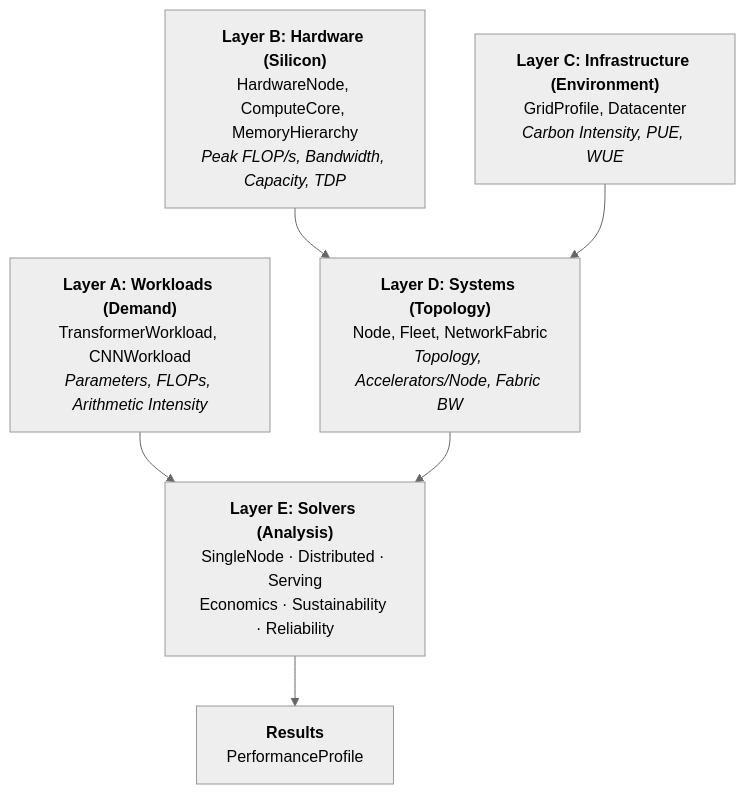
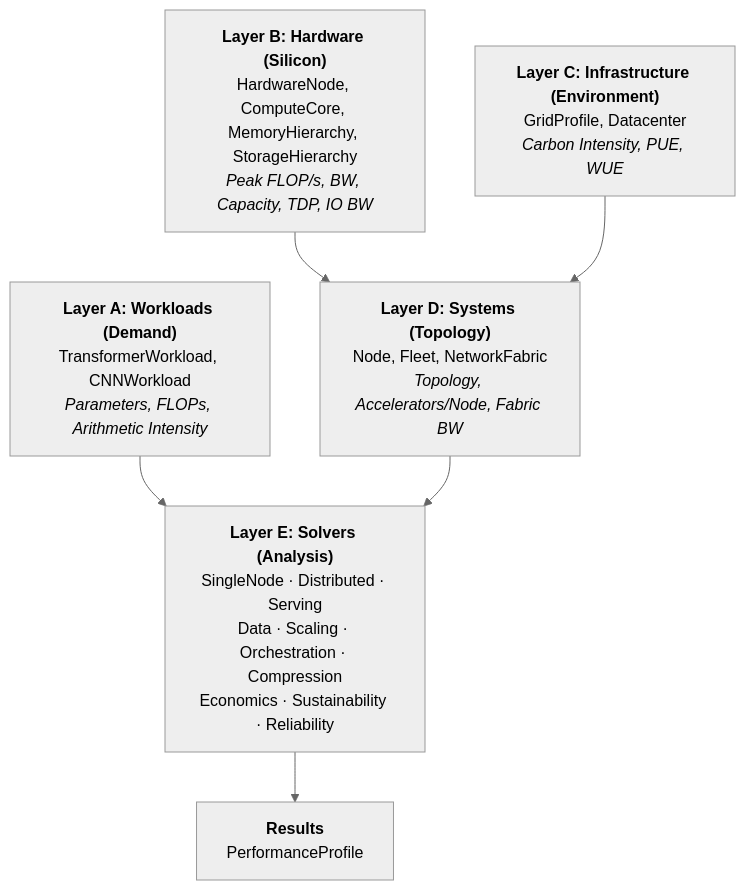
Before and after one commit to harvard-edge/cs249r_book: the diagram in mlsysim/docs/architecture.qmd, drawn with Mermaid. The commit also changed other lines of this file and 27 other files, not shown here.

First line of the commit message:
docs(mlsysim): update API docs, tutorials, and whitepaper for new architecture

````diff
--- a/mlsysim/docs/architecture.qmd
+++ b/mlsysim/docs/architecture.qmd
@@ -11,18 +11,18 @@
 ```{mermaid}
 %%{init: {'theme': 'neutral'}}%%
 %%| fig-cap: "The MLSYSIM 5-Layer Stack. Workloads (demand) are lowered onto Hardware (supply) through Infrastructure and Systems layers. Solvers bridge demand and supply to produce analytical profiles."
 %%| fig-width: 100%
 flowchart TB
     A["<b>Layer A: Workloads (Demand)</b><br/>TransformerWorkload, CNNWorkload<br/><i>Parameters, FLOPs, Arithmetic Intensity</i>"]
-    B["<b>Layer B: Hardware (Silicon)</b><br/>HardwareNode, ComputeCore, MemoryHierarchy<br/><i>Peak FLOP/s, Bandwidth, Capacity, TDP</i>"]
+    B["<b>Layer B: Hardware (Silicon)</b><br/>HardwareNode, ComputeCore, MemoryHierarchy, StorageHierarchy<br/><i>Peak FLOP/s, BW, Capacity, TDP, IO BW</i>"]
     C["<b>Layer C: Infrastructure (Environment)</b><br/>GridProfile, Datacenter<br/><i>Carbon Intensity, PUE, WUE</i>"]
     D["<b>Layer D: Systems (Topology)</b><br/>Node, Fleet, NetworkFabric<br/><i>Topology, Accelerators/Node, Fabric BW</i>"]
-    E["<b>Layer E: Solvers (Analysis)</b><br/>SingleNode · Distributed · Serving<br/>Economics · Sustainability · Reliability"]
+    E["<b>Layer E: Solvers (Analysis)</b><br/>SingleNode · Distributed · Serving<br/>Data · Scaling · Orchestration · Compression<br/>Economics · Sustainability · Reliability"]
     F["<b>Results</b><br/>PerformanceProfile"]
 
     A --> E
     B --> D
     C --> D
     D --> E
     E --> F
 ```
````
